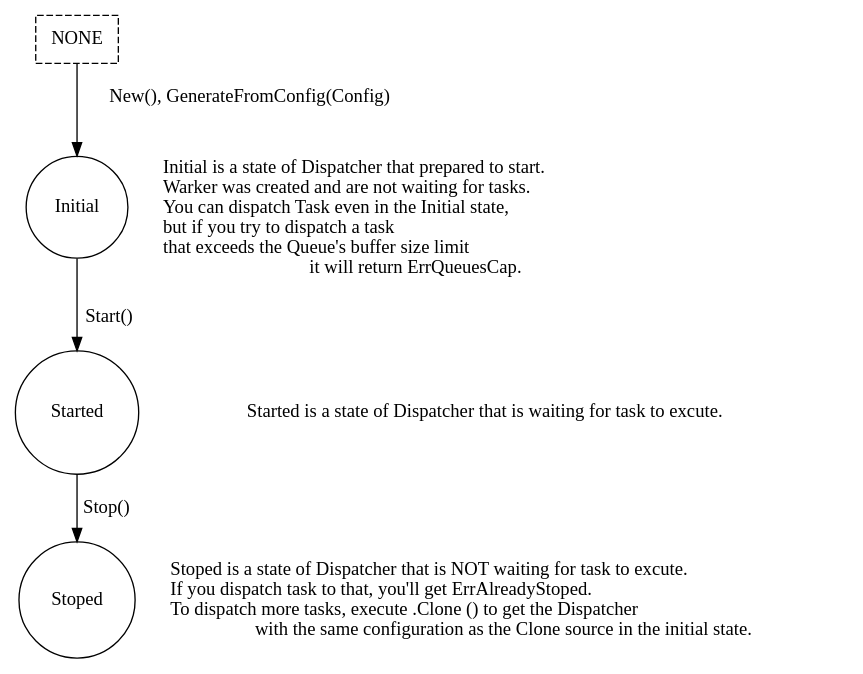
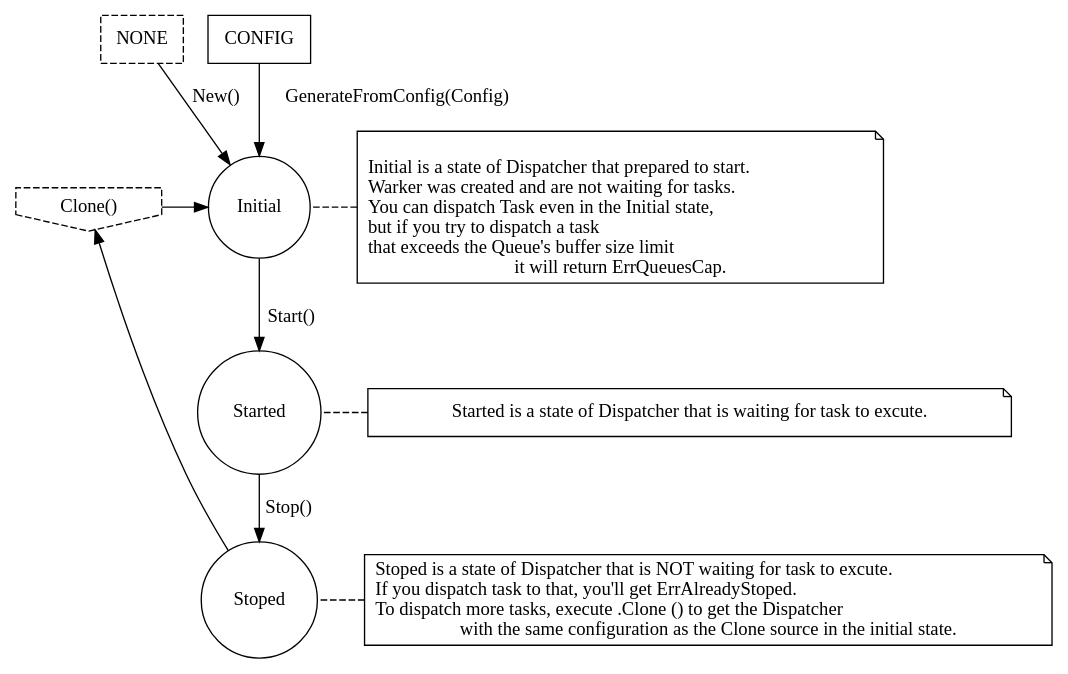
One commit to kamiazya/go-dispatcher changed the diagram in lifecycle.dot. Above: the diagram before and after it, drawn with Graphviz. The commit also changed 2 other files, not shown here.

Commit message:
add badges and edit lifecycle image

```diff
--- a/lifecycle.dot
+++ b/lifecycle.dot
@@ -1,53 +1,101 @@
-digraph docker_lifecycle {
+digraph dispatcher_lifecycle {
     graph [
         charset = "UTF-8";
     ];
 
     node [
         shape = "circle";
     ];
 
     NONE [
         style = "dashed",
         shape = "box"
+        group = -1;        
     ];
 
-    Initial;
+    CONFIG [
+        shape = "box";
+        group = 0;        
+    ];
 
-    Started;
+    SAME_CONFIG [
+        shape = "invhouse";
+        style = "dashed";
+        group = -1;
+        label = "Clone()";
+    ];
 
-    Stoped;
+    { rank=same; NONE; CONFIG; };
+
+    Initial [
+        group = 0;
+    ];
+
+    Started [
+        group = 0;
+    ];
+
+    Stoped [
+        group = 0;
+    ];
 
     NONE -> Initial [
-        label = "New(), GenerateFromConfig(Config)";
+        label = "New()";
+    ];
+
+    CONFIG -> Initial [
+        label = "GenerateFromConfig(Config)";
     ];
 
     Initial -> Started [
         label = "Start()";
     ];
 
     Started -> Stoped [
         label = "Stop()";
     ];
 
+    Stoped -> SAME_CONFIG [
+        // style = "dotted";
+    ];
+
+    SAME_CONFIG -> Initial [
+        // style = "dotted";
+    ];
+
+    Initial_note -> Initial [
+        constraint = false;
+        dir = none;
+        style = "dashed";
+    ];
+    Started_note -> Started [
+        constraint = false;
+        dir = none;
+        style = "dashed";
+    ];
+    Stoped_note -> Stoped [
+        constraint = false;
+        dir = none;
+        style = "dashed";
+    ];
 
     Initial_note [
         label = "\lInitial is a state of Dispatcher that prepared to start.\lWarker was created and are not waiting for tasks.\lYou can dispatch Task even in the Initial state,\lbut if you try to dispatch a task \lthat exceeds the Queue's buffer size limit\lit will return ErrQueuesCap.";
-        shape = none;
+        shape = note;
     ];
 
-    { rank=same; Initial; Initial_note;  };
+    { rank=same; SAME_CONFIG; Initial; Initial_note;  };
 
     Started_note [
         label = "Started is a state of Dispatcher that is waiting for task to excute.";
-        shape = none;
+        shape = note;
     ];
 
     { rank=same; Started; Started_note;  };
     Stoped_note [
         label = "Stoped is a state of Dispatcher that is NOT waiting for task to excute.\lIf you dispatch task to that, you'll get ErrAlreadyStoped.\lTo dispatch more tasks, execute .Clone () to get the Dispatcher\lwith the same configuration as the Clone source in the initial state.";
-        shape = none;
+        shape = note;
     ];
 
     { rank=same; Stoped; Stoped_note;  };
 }
```
